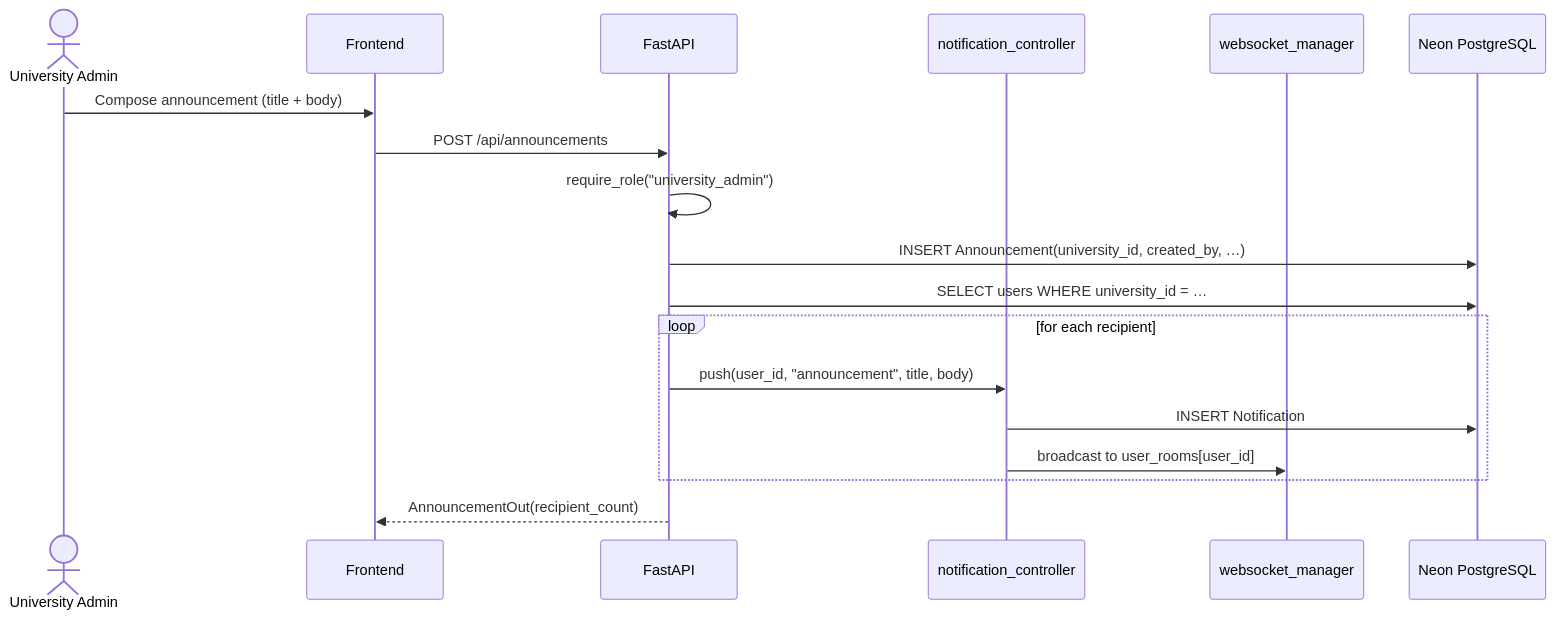
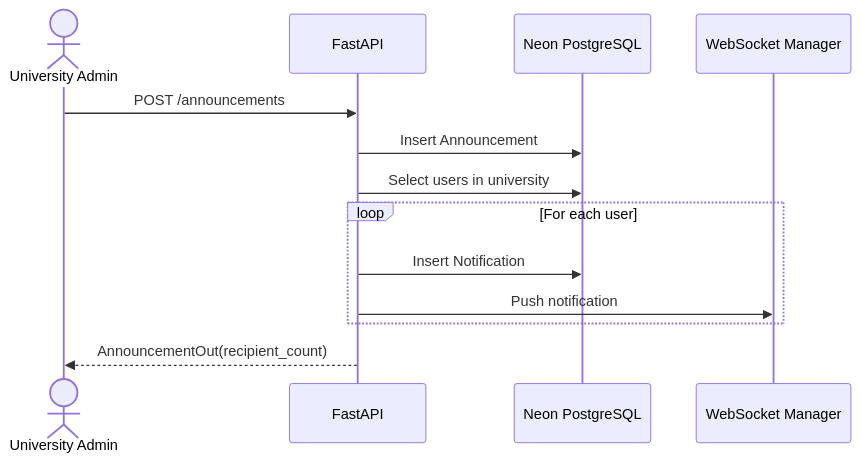
Before and after one commit to yazidha09/Hub4Learners: the fourth of 4 diagrams in docs/sprints/SPRINT_6.md, drawn with Mermaid. The commit also changed other lines of this file and 14 other files, not shown here.

````diff
--- a/docs/sprints/SPRINT_6.md
+++ b/docs/sprints/SPRINT_6.md
@@ -179,21 +135,16 @@
 ```mermaid
 sequenceDiagram
-    actor UniAdmin as University Admin
-    participant Frontend
-    participant FastAPI
-    participant Notif as notification_controller
-    participant WS as websocket_manager
+    actor Admin as University Admin
+    participant API as FastAPI
     participant DB as Neon PostgreSQL
+    participant WS as WebSocket Manager
 
-    UniAdmin->>Frontend: Compose announcement (title + body)
-    Frontend->>FastAPI: POST /api/announcements
-    FastAPI->>FastAPI: require_role("university_admin")
-    FastAPI->>DB: INSERT Announcement(university_id, created_by, …)
-    FastAPI->>DB: SELECT users WHERE university_id = …
-    loop for each recipient
-        FastAPI->>Notif: push(user_id, "announcement", title, body)
-        Notif->>DB: INSERT Notification
-        Notif->>WS: broadcast to user_rooms[user_id]
+    Admin->>API: POST /announcements
+    API->>DB: Insert Announcement
+    API->>DB: Select users in university
+    loop For each user
+        API->>DB: Insert Notification
+        API->>WS: Push notification
     end
-    FastAPI-->>Frontend: AnnouncementOut(recipient_count)
+    API-->>Admin: AnnouncementOut(recipient_count)
 ```
````
